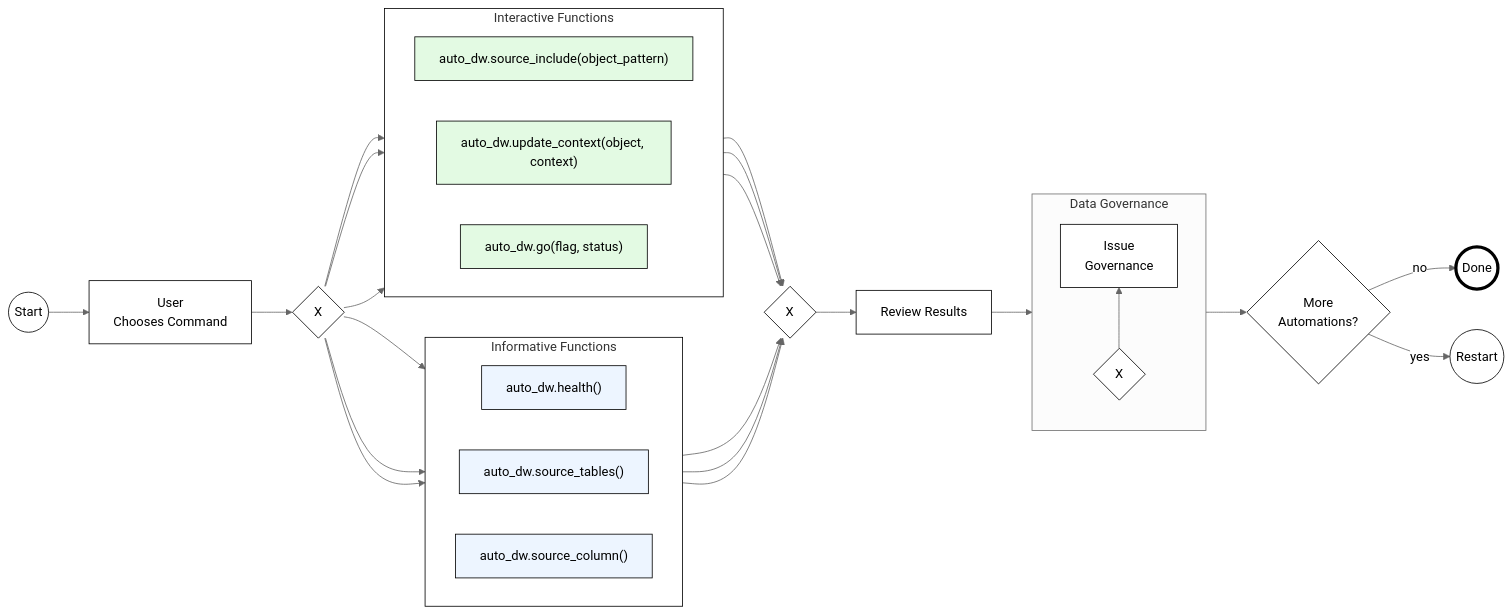
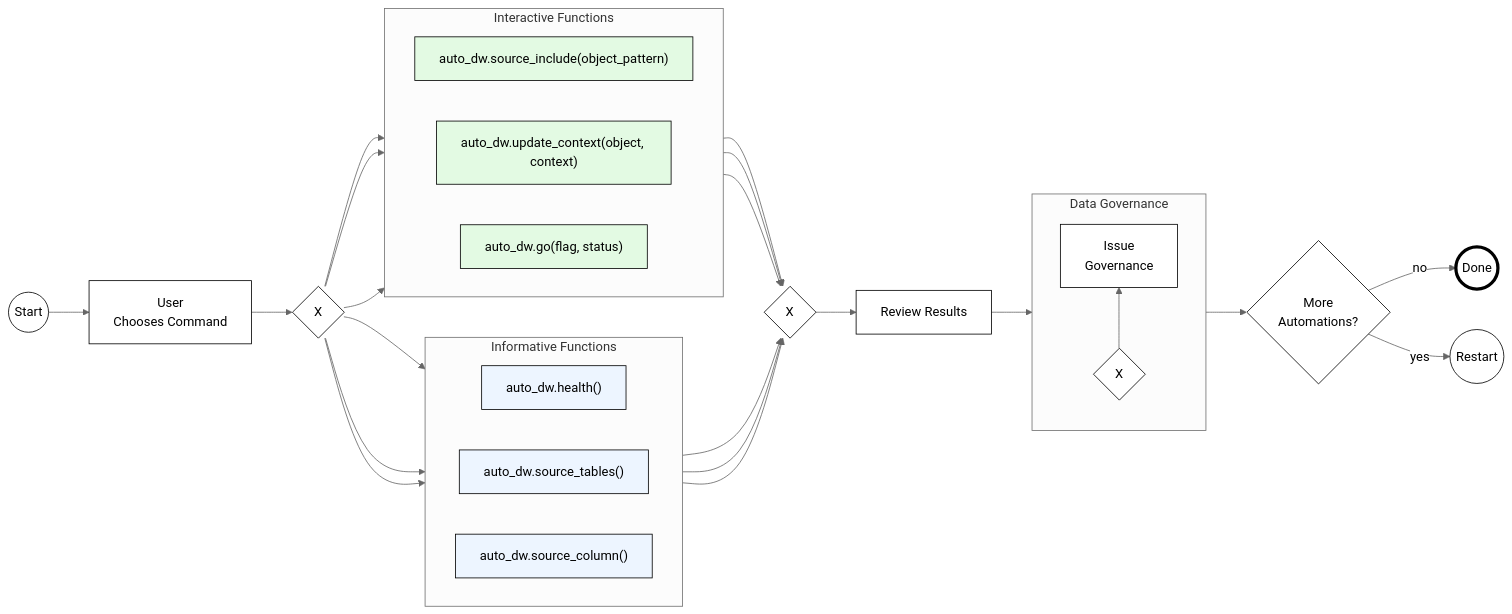
One commit to tembo-io/pg_auto_dw changed the third of 3 diagrams in docs/vision_plus_script/readme.md. Above: the diagram before and after it, drawn with Mermaid (neutral theme). The commit also changed other lines of this file, not shown here.

````diff
--- a/docs/vision_plus_script/readme.md
+++ b/docs/vision_plus_script/readme.md
@@ -77,35 +77,35 @@
 ```mermaid
 flowchart LR
  subgraph functions_informative["Informative Functions"]
     direction LR
         health["auto_dw.health()"]
         source_tables["auto_dw.source_tables()"]
         source_column["auto_dw.source_column()"]
   end
  subgraph functions_interactive["Interactive Functions"]
     direction LR
         source_clude["auto_dw.source_include(object_pattern)"]
         update_context["auto_dw.update_context(object, context)"]
         go["auto_dw.go(flag, status)"]
   end
  subgraph data_gov["Data Governance"]
     direction BT
         to_gov{"X"} --> gov["Issue\nGovernance"]
   end
     start(("Start")) --> command["User\nChooses Command"]
     command --> split{"X"}
     split --> health & source_tables & source_column & source_clude & update_context & go --> join{"X"}
     join --> review["Review Results"]
     review --> data_gov --> more_auto{"More\nAutomations?"} 
     more_auto --> |no| done(("Done"))
     more_auto --> |yes| start_again(("Restart"))
 
     classDef standard fill:#FFFFFF,stroke:#000000
     classDef informative fill:#edf5ff,stroke:#000000
     classDef interactive fill:#e3fae3,stroke:#000000
-    class start,command,split,join,review,functions_informative,functions_interactive standard
+    class start,command,split,join,review standard
     class to_gov,gov,more_auto,start_again standard
     class health,source_tables,source_column informative
     class source_clude,update_context,go interactive
     style done stroke-width:4px,fill:#FFFFFF,stroke:#000000
 ```
````
